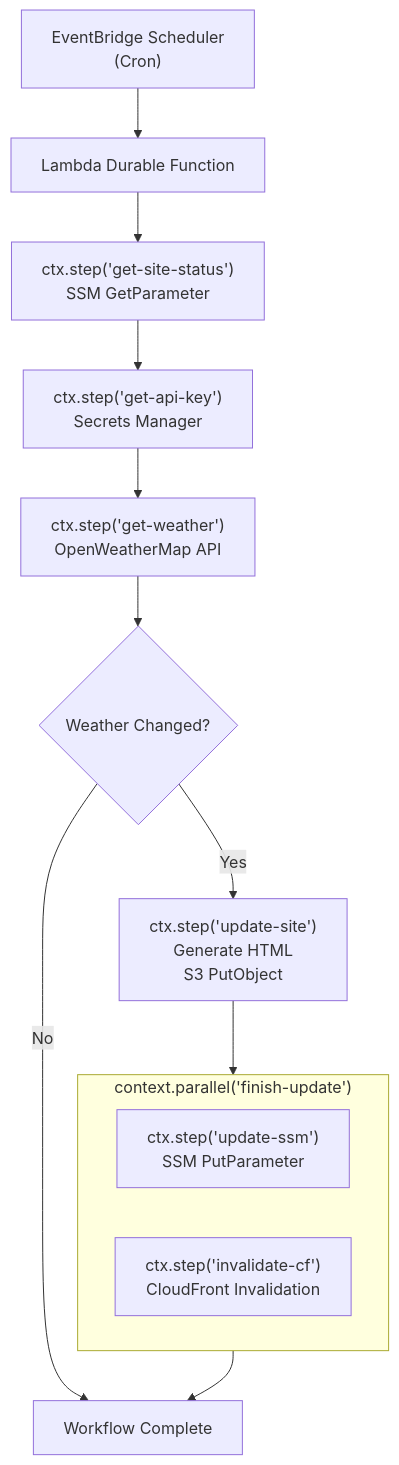
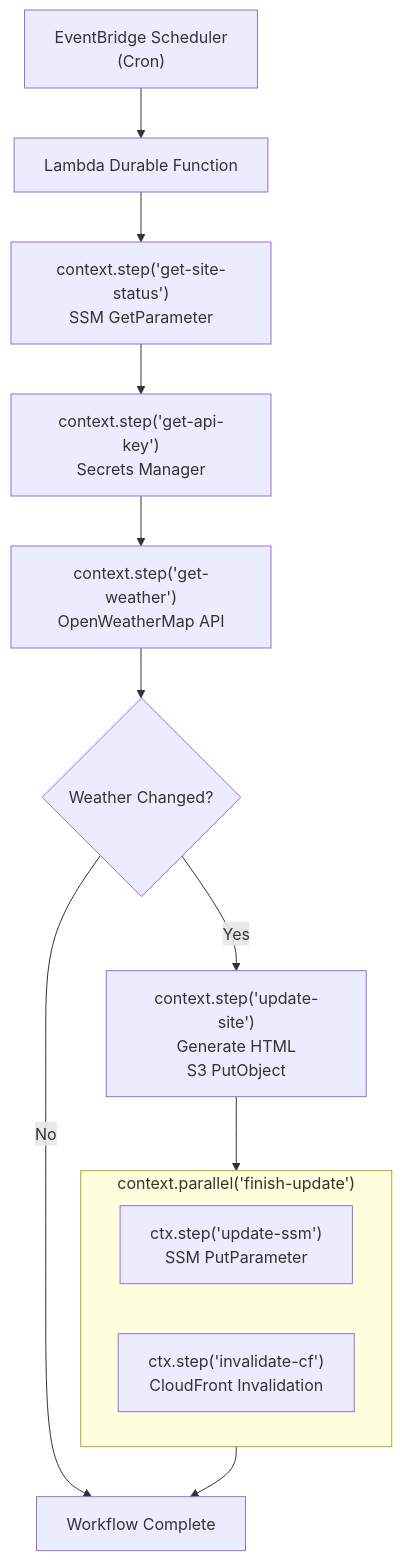
Before and after one commit to TrickSumo/durable-function-weather-site: the diagram in README.md, drawn with Mermaid.

Commit message:
Fix context variable in Mermaid diagram

````diff
--- a/README.md
+++ b/README.md
@@ -41,38 +41,27 @@
 ```mermaid
 flowchart TD
 
     Scheduler["EventBridge Scheduler<br/>(Cron)"]
-
     Durable["Lambda Durable Function"]
-
-    GetStatus["ctx.step('get-site-status')<br/>SSM GetParameter"]
-    GetApiKey["ctx.step('get-api-key')<br/>Secrets Manager"]
-    GetWeather["ctx.step('get-weather')<br/>OpenWeatherMap API"]
-
+    GetStatus["context.step('get-site-status')<br/>SSM GetParameter"]
+    GetApiKey["context.step('get-api-key')<br/>Secrets Manager"]
+    GetWeather["context.step('get-weather')<br/>OpenWeatherMap API"]
     Decision{"Weather Changed?"}
-
-    UpdateSite["ctx.step('update-site')<br/>Generate HTML<br/>S3 PutObject"]
-
-    UpdateSSM["ctx.step('update-ssm')<br/>SSM PutParameter"]
-    InvalidateCF["ctx.step('invalidate-cf')<br/>CloudFront CreateInvalidation"]
-
+    UpdateSite["context.step('update-site')<br/>Generate HTML<br/>S3 PutObject"]
     End["Workflow Complete"]
 
    subgraph FinishUpdate["context.parallel('finish-update')"]
         UpdateSSM["ctx.step('update-ssm')<br/>SSM PutParameter"]
         InvalidateCF["ctx.step('invalidate-cf')<br/>CloudFront Invalidation"]
     end
 
     Scheduler --> Durable
-
     Durable --> GetStatus
     GetStatus --> GetApiKey
     GetApiKey --> GetWeather
-
     GetWeather --> Decision
     Decision -- No --> End
     Decision -- Yes --> UpdateSite
-
     UpdateSite -->  FinishUpdate
     FinishUpdate--> End
 ```
````
